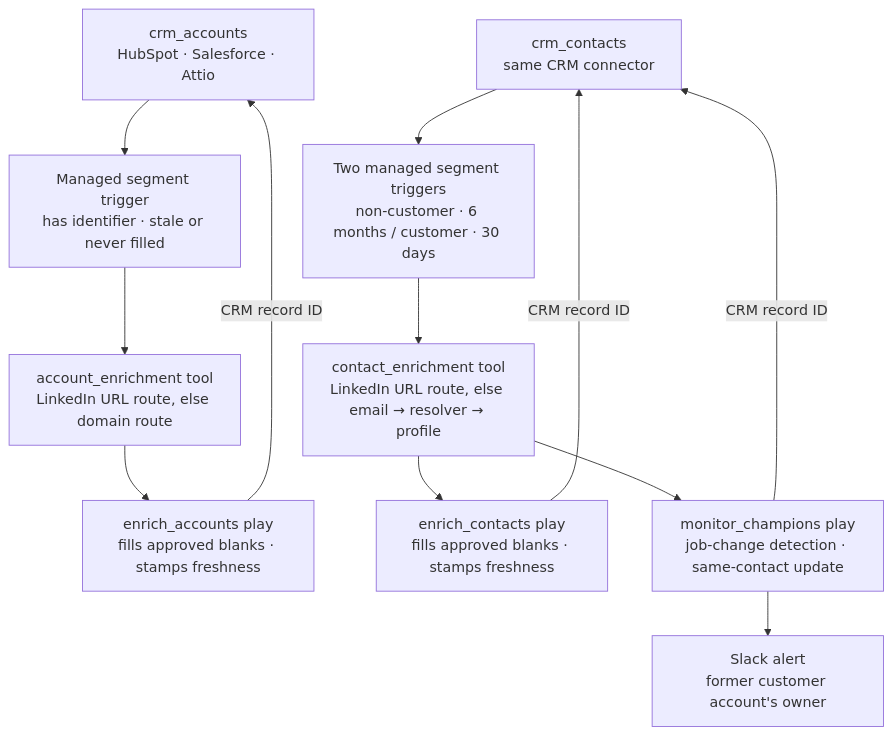
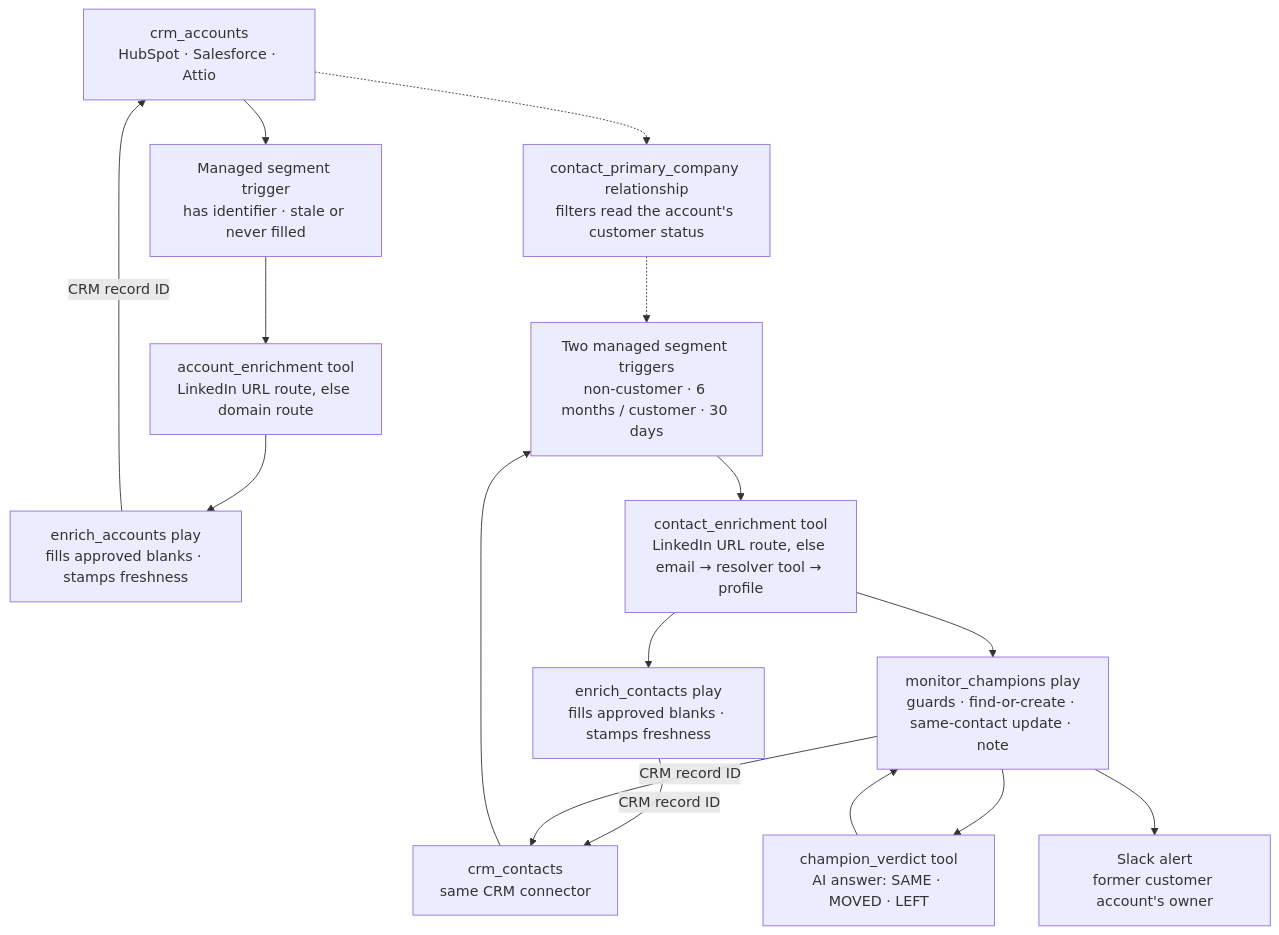
One commit to getcargohq/gtm-skills changed the diagram in crm-enrichment/README.md. Above: the diagram before and after it, drawn with Mermaid. The commit also changed other lines of this file and 9 other files, not shown here.

````diff
--- a/crm-enrichment/README.md
+++ b/crm-enrichment/README.md
@@ -31,22 +33,26 @@
 ```mermaid
 flowchart TD
     accounts["crm_accounts<br/>HubSpot · Salesforce · Attio"]
     afilter["Managed segment trigger<br/>has identifier · stale or never filled"]
     aenrich["account_enrichment tool<br/>LinkedIn URL route, else domain route"]
     awrite["enrich_accounts play<br/>fills approved blanks · stamps freshness"]
 
     accounts --> afilter --> aenrich --> awrite
     awrite -->|CRM record ID| accounts
 
     contacts["crm_contacts<br/>same CRM connector"]
+    rel["contact_primary_company relationship<br/>filters read the account's customer status"]
     cfilter["Two managed segment triggers<br/>non-customer · 6 months / customer · 30 days"]
-    cenrich["contact_enrichment tool<br/>LinkedIn URL route, else email → resolver → profile"]
+    cenrich["contact_enrichment tool<br/>LinkedIn URL route, else email → resolver tool → profile"]
     cwrite["enrich_contacts play<br/>fills approved blanks · stamps freshness"]
-    champion["monitor_champions play<br/>job-change detection · same-contact update"]
+    verdict["champion_verdict tool<br/>AI answer: SAME · MOVED · LEFT"]
+    champion["monitor_champions play<br/>guards · find-or-create · same-contact update · note"]
     slack["Slack alert<br/>former customer account's owner"]
 
+    accounts -.-> rel -.-> cfilter
     contacts --> cfilter --> cenrich
     cenrich --> cwrite -->|CRM record ID| contacts
     cenrich --> champion -->|CRM record ID| contacts
+    champion --> verdict --> champion
     champion --> slack
 ```
````
